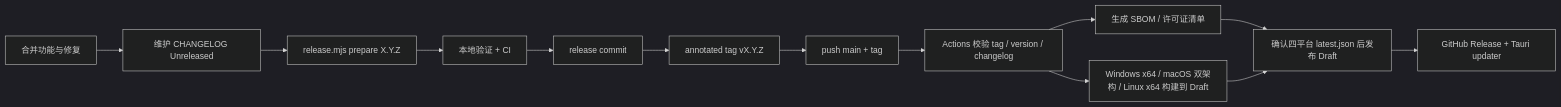
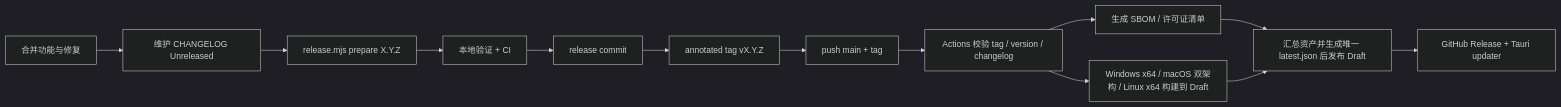
Before and after one commit to foritin/r-code: the diagram in docs/RELEASING.md, drawn with Mermaid (dark theme). The commit also changed other lines of this file and 46 other files, not shown here.

````diff
--- a/docs/RELEASING.md
+++ b/docs/RELEASING.md
@@ -7,15 +7,15 @@
 ```mermaid
 flowchart LR
     Work["合并功能与修复"] --> Changelog["维护 CHANGELOG Unreleased"]
     Changelog --> Prepare["release.mjs prepare X.Y.Z"]
     Prepare --> Verify["本地验证 + CI"]
     Verify --> Commit["release commit"]
     Commit --> Tag["annotated tag vX.Y.Z"]
     Tag --> Push["push main + tag"]
     Push --> Validate["Actions 校验 tag / version / changelog"]
     Validate --> Supply["生成 SBOM / 许可证清单"]
     Validate --> Matrix["Windows x64 / macOS 双架构 / Linux x64 构建到 Draft"]
-    Supply --> Finalize["确认四平台 latest.json 后发布 Draft"]
+    Supply --> Finalize["汇总资产并生成唯一 latest.json 后发布 Draft"]
     Matrix --> Finalize
     Finalize --> Update["GitHub Release + Tauri updater"]
 ```
````
